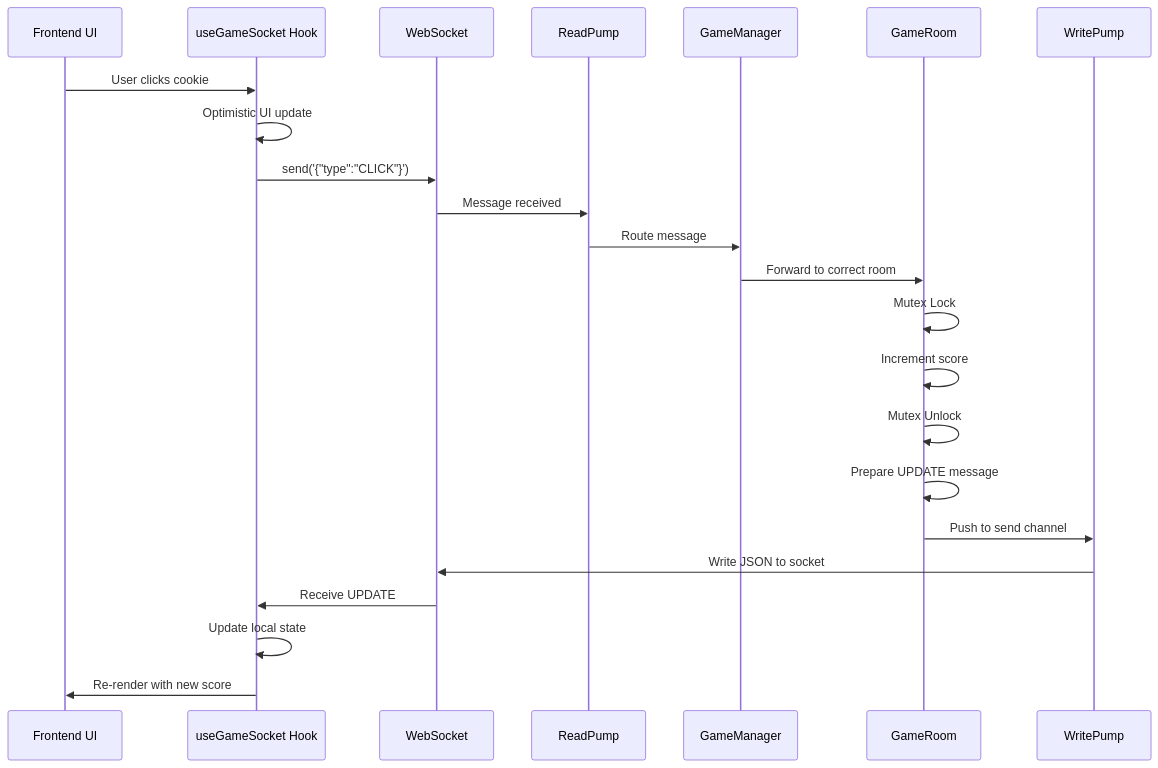
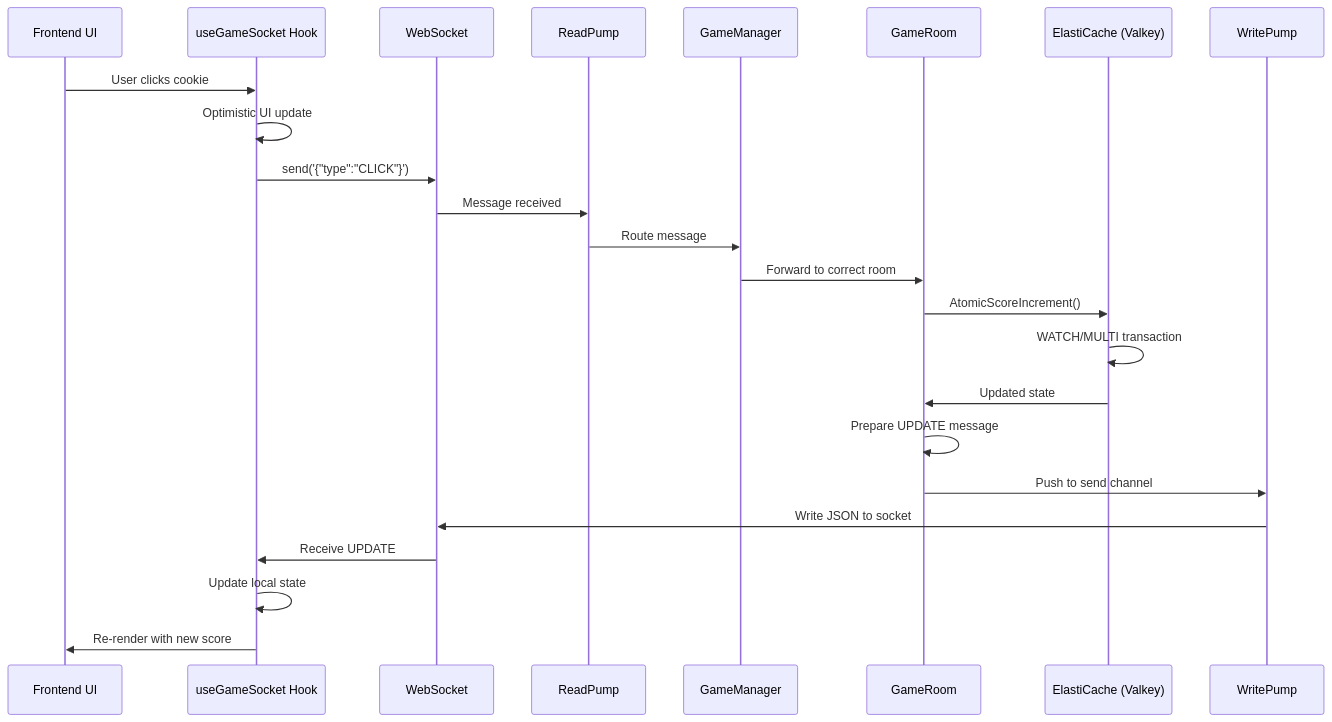
One commit to mauricedolibois/overcookied changed the sixth of 13 diagrams in docs/architecture/ARCHITECTURE_DIAGRAM.md. Above: the diagram before and after it, drawn with Mermaid. The commit also changed other lines of this file and 5 other files, not shown here.

````diff
--- a/docs/architecture/ARCHITECTURE_DIAGRAM.md
+++ b/docs/architecture/ARCHITECTURE_DIAGRAM.md
@@ -159,28 +222,29 @@
 ```mermaid
 sequenceDiagram
     participant UI as Frontend UI
     participant Hook as useGameSocket Hook
     participant WS as WebSocket
     participant Read as ReadPump
     participant Manager as GameManager
     participant Room as GameRoom
+    participant Redis as ElastiCache (Valkey)
     participant Write as WritePump
 
     UI->>Hook: User clicks cookie
     Hook->>Hook: Optimistic UI update
     Hook->>WS: send('{"type":"CLICK"}')
     WS->>Read: Message received
     Read->>Manager: Route message
     Manager->>Room: Forward to correct room
     
-    Room->>Room: Mutex Lock
-    Room->>Room: Increment score
-    Room->>Room: Mutex Unlock
+    Room->>Redis: AtomicScoreIncrement()
+    Redis->>Redis: WATCH/MULTI transaction
+    Redis->>Room: Updated state
     
     Room->>Room: Prepare UPDATE message
     Room->>Write: Push to send channel
     Write->>WS: Write JSON to socket
     WS->>Hook: Receive UPDATE
     Hook->>Hook: Update local state
     Hook->>UI: Re-render with new score
 ```
````
